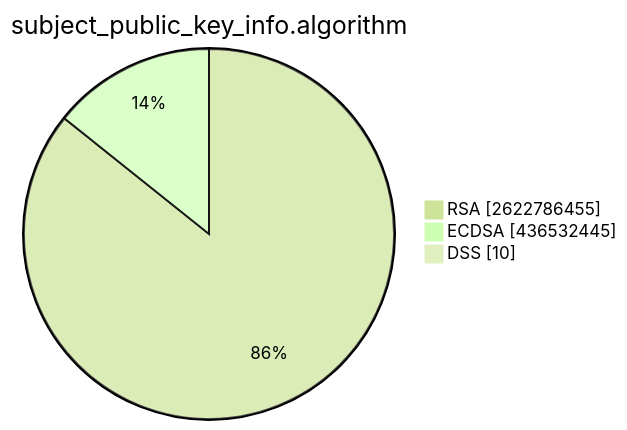
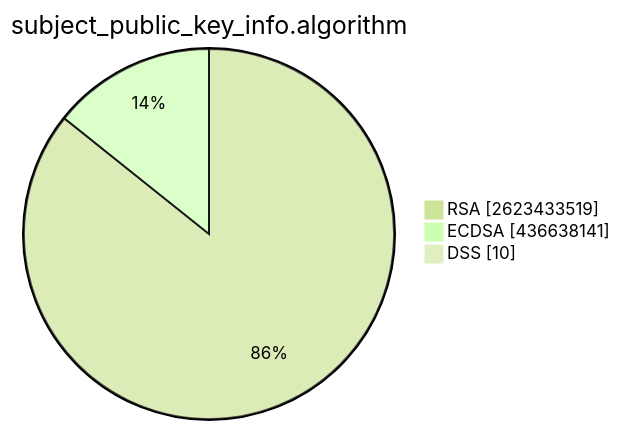
One commit to christiankrug/ctmonitor_visualization changed the second of 15 diagrams in TOTAL/README.md. Above: the diagram before and after it, drawn with Mermaid (forest theme). The commit also changed other lines of this file, not shown here.

````diff
--- a/TOTAL/README.md
+++ b/TOTAL/README.md
@@ -6,7 +6,7 @@
 ```mermaid
 pie showData
 title subject_public_key_info.algorithm
-"RSA" :2622786455
-"ECDSA" :436532445
+"RSA" :2623433519
+"ECDSA" :436638141
 "DSS" :10
 ```
````
